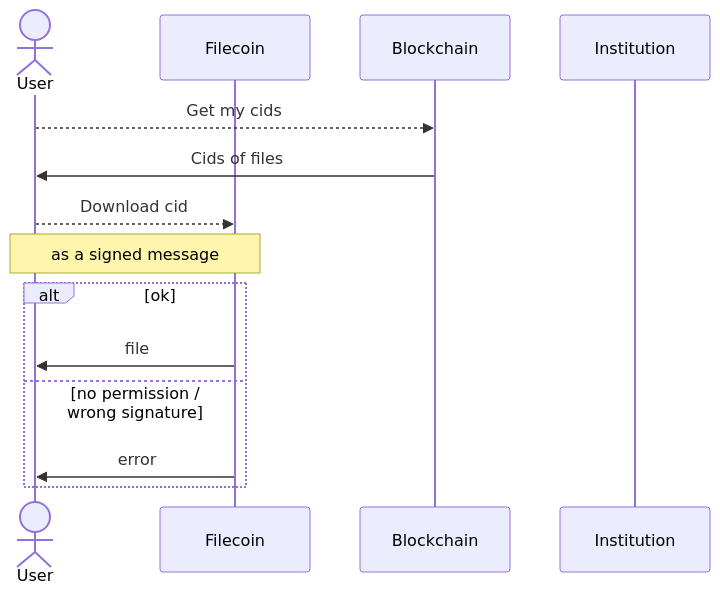
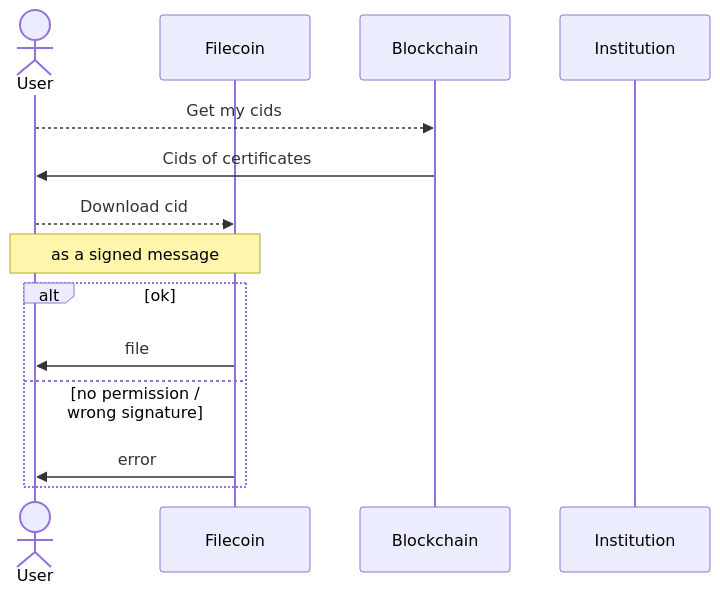
One commit to Bluegales/certificates changed the fifth of 5 diagrams in README.md. Above: the diagram before and after it, drawn with Mermaid. The commit also changed other lines of this file, not shown here.

````diff
--- a/README.md
+++ b/README.md
@@ -84,16 +104,16 @@
 ```mermaid
 sequenceDiagram
     actor User
     participant Filecoin
     participant Blockchain
     participant Institution
     User-->>Blockchain: Get my cids
-    Blockchain->>User: Cids of files
+    Blockchain->>User: Cids of certificates
     User-->>Filecoin: Download cid
     Note over User,Filecoin: as a signed message
     alt ok
         Filecoin->>User: file
     else no permission / wrong signature
         Filecoin->>User: error
     end
 ```
````
